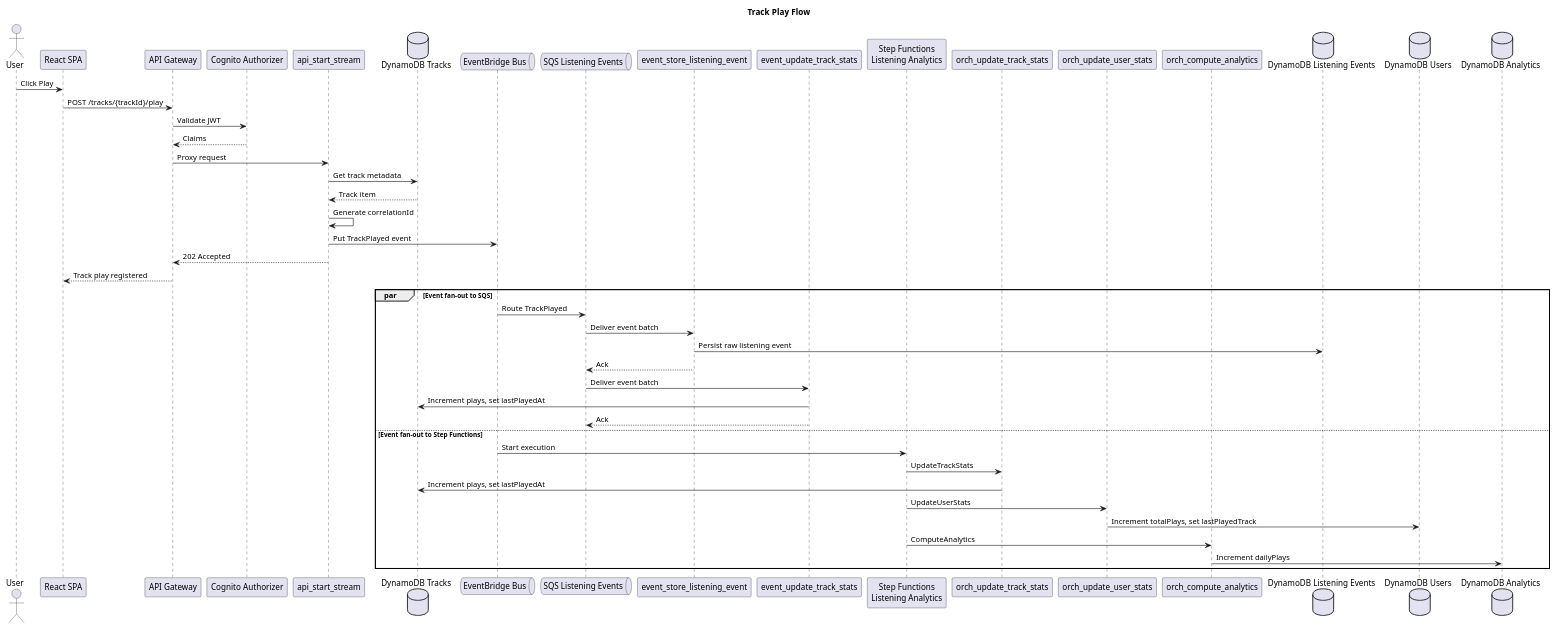
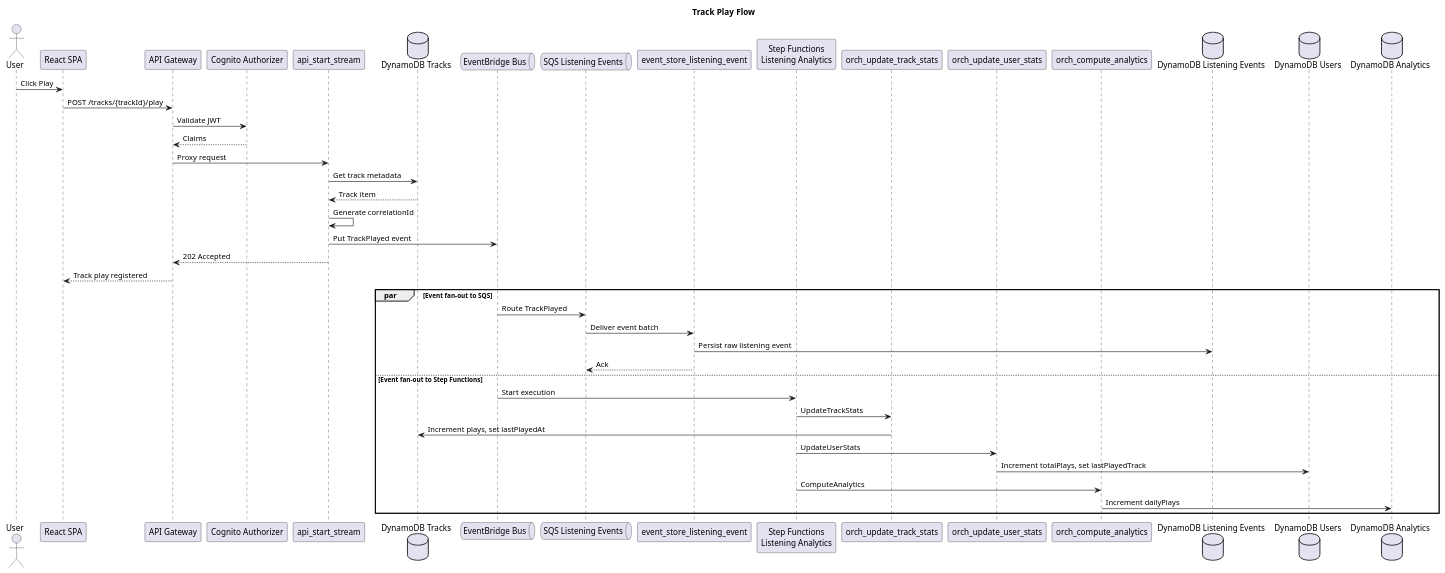
Before and after one commit to TalelKarim/spotify-app: the diagram in doc/sequences/track-play-flow.puml, drawn with PlantUML. The commit also changed 3 other files, not shown here.

Commit message:
Update diagramme sequences

```diff
--- a/doc/sequences/track-play-flow.puml
+++ b/doc/sequences/track-play-flow.puml
@@ -1,53 +1,49 @@
 @startuml
 title Track Play Flow
 
 actor User
 participant "React SPA" as SPA
 participant "API Gateway" as APIGW
 participant "Cognito Authorizer" as COG
 participant "api_start_stream" as START
 database "DynamoDB Tracks" as TRACKS
 queue "EventBridge Bus" as EB
 queue "SQS Listening Events" as SQS
 participant "event_store_listening_event" as STORE
-participant "event_update_track_stats" as EVTSTATS
 participant "Step Functions\nListening Analytics" as SFN
 participant "orch_update_track_stats" as ORCHTRACK
 participant "orch_update_user_stats" as ORCHUSER
 participant "orch_compute_analytics" as ORCHANALYTICS
 database "DynamoDB Listening Events" as EVENTS
 database "DynamoDB Users" as USERS
 database "DynamoDB Analytics" as ANALYTICS
 
 User -> SPA : Click Play
 SPA -> APIGW : POST /tracks/{trackId}/play
 APIGW -> COG : Validate JWT
 COG --> APIGW : Claims
 APIGW -> START : Proxy request
 START -> TRACKS : Get track metadata
 TRACKS --> START : Track item
 START -> START : Generate correlationId
 START -> EB : Put TrackPlayed event
 START --> APIGW : 202 Accepted
 APIGW --> SPA : Track play registered
 
 par Event fan-out to SQS
   EB -> SQS : Route TrackPlayed
   SQS -> STORE : Deliver event batch
   STORE -> EVENTS : Persist raw listening event
   STORE --> SQS : Ack
 
-  SQS -> EVTSTATS : Deliver event batch
-  EVTSTATS -> TRACKS : Increment plays, set lastPlayedAt
-  EVTSTATS --> SQS : Ack
 else Event fan-out to Step Functions
   EB -> SFN : Start execution
   SFN -> ORCHTRACK : UpdateTrackStats
   ORCHTRACK -> TRACKS : Increment plays, set lastPlayedAt
   SFN -> ORCHUSER : UpdateUserStats
   ORCHUSER -> USERS : Increment totalPlays, set lastPlayedTrack
   SFN -> ORCHANALYTICS : ComputeAnalytics
   ORCHANALYTICS -> ANALYTICS : Increment dailyPlays
 end
 
 @enduml
```
